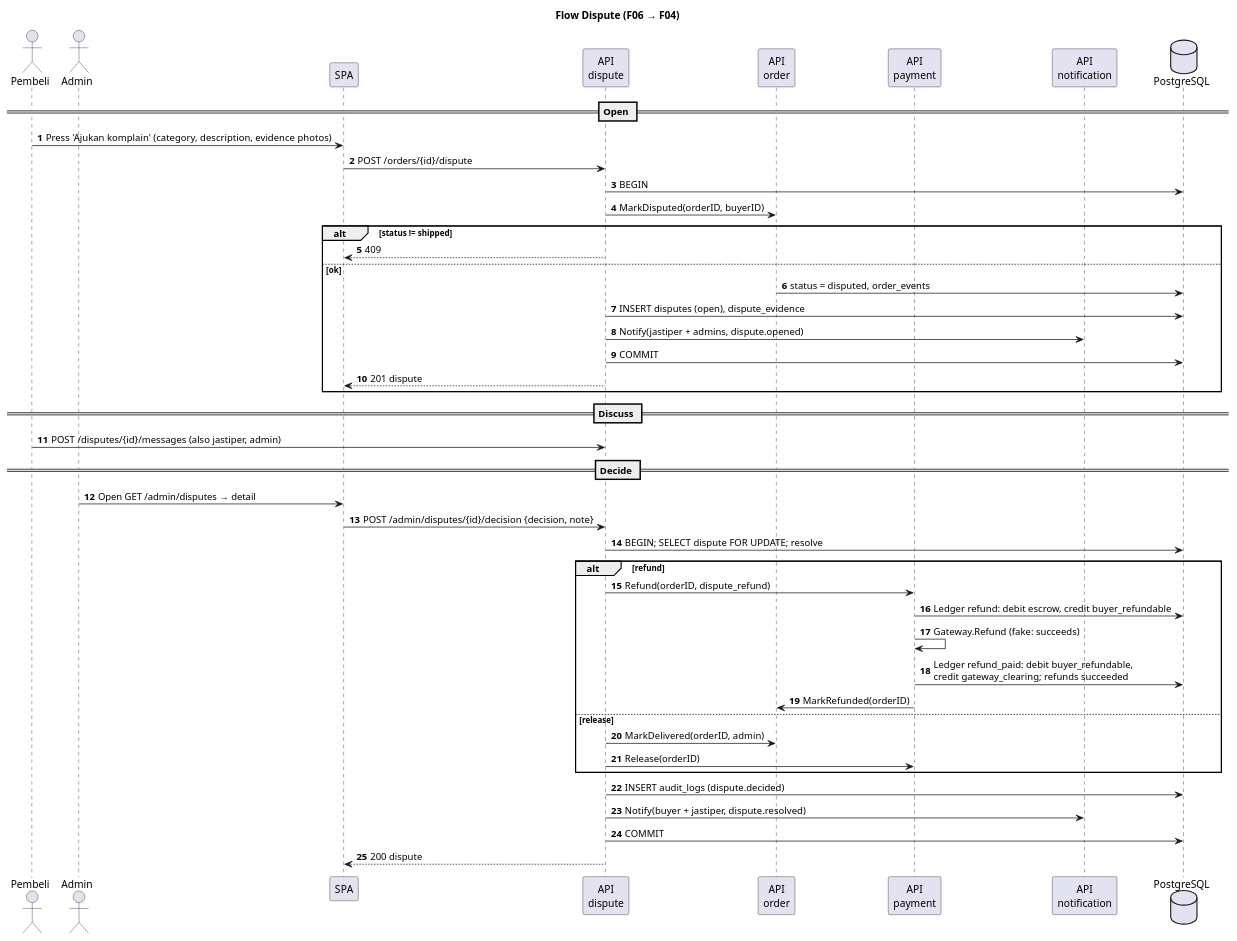
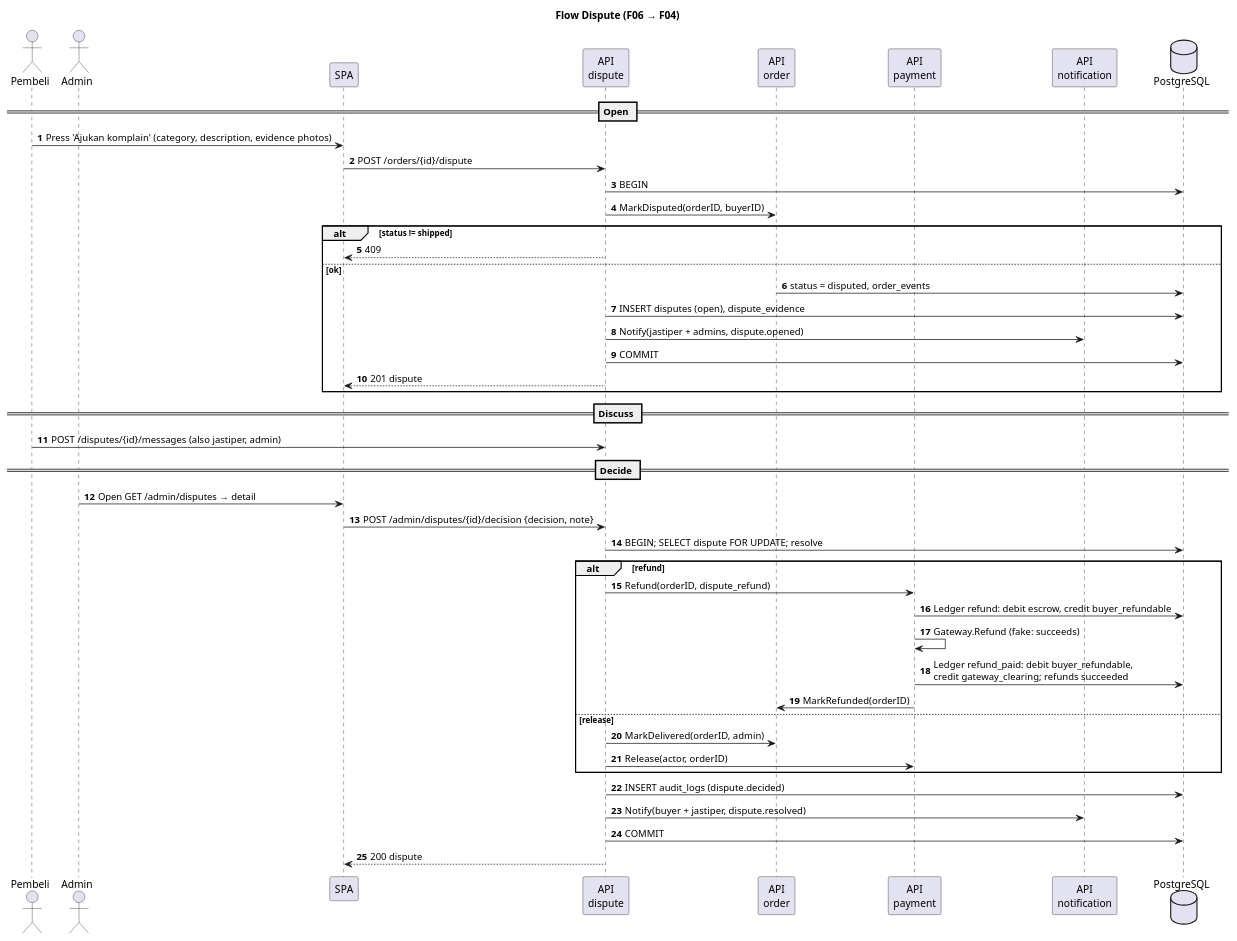
Before and after one commit to Titip-Dong/titipdong-be: the sixth of 8 diagrams in docs/features/README.md, drawn with PlantUML. The commit also changed other lines of this file and 8 other files, not shown here.

````diff
--- a/docs/features/README.md
+++ b/docs/features/README.md
@@ -322,57 +322,57 @@
 ```plantuml
 @startuml dispute
 
 title Flow Dispute (F06 → F04)
 
 actor       "Pembeli"           as buyer
 actor       "Admin"             as admin
 participant "SPA"               as fe
 participant "API\ndispute"      as dsp
 participant "API\norder"        as order
 participant "API\npayment"      as pay
 participant "API\nnotification" as notif
 database    "PostgreSQL"        as db
 
 autonumber
 == Open ==
 buyer -> fe     : Press 'Ajukan komplain' (category, description, evidence photos)
 fe -> dsp       : POST /orders/{id}/dispute
 dsp -> db       : BEGIN
 dsp -> order    : MarkDisputed(orderID, buyerID)
 
 alt status != shipped
     dsp --> fe      : 409
 else ok
     order -> db     : status = disputed, order_events
     dsp -> db       : INSERT disputes (open), dispute_evidence
     dsp -> notif    : Notify(jastiper + admins, dispute.opened)
     dsp -> db       : COMMIT
     dsp --> fe      : 201 dispute
 end
 
 == Discuss ==
 buyer -> dsp    : POST /disputes/{id}/messages (also jastiper, admin)
 
 == Decide ==
 admin -> fe     : Open GET /admin/disputes → detail
 fe -> dsp       : POST /admin/disputes/{id}/decision {decision, note}
 dsp -> db       : BEGIN; SELECT dispute FOR UPDATE; resolve
 
 alt refund
     dsp -> pay      : Refund(orderID, dispute_refund)
     pay -> db       : Ledger refund: debit escrow, credit buyer_refundable
     pay -> pay      : Gateway.Refund (fake: succeeds)
     pay -> db       : Ledger refund_paid: debit buyer_refundable,\ncredit gateway_clearing; refunds succeeded
     pay -> order    : MarkRefunded(orderID)
 else release
     dsp -> order    : MarkDelivered(orderID, admin)
-    dsp -> pay      : Release(orderID)
+    dsp -> pay      : Release(actor, orderID)
 end
 
 dsp -> db       : INSERT audit_logs (dispute.decided)
 dsp -> notif    : Notify(buyer + jastiper, dispute.resolved)
 dsp -> db       : COMMIT
 dsp --> fe      : 200 dispute
 
 @enduml
 ```
````
